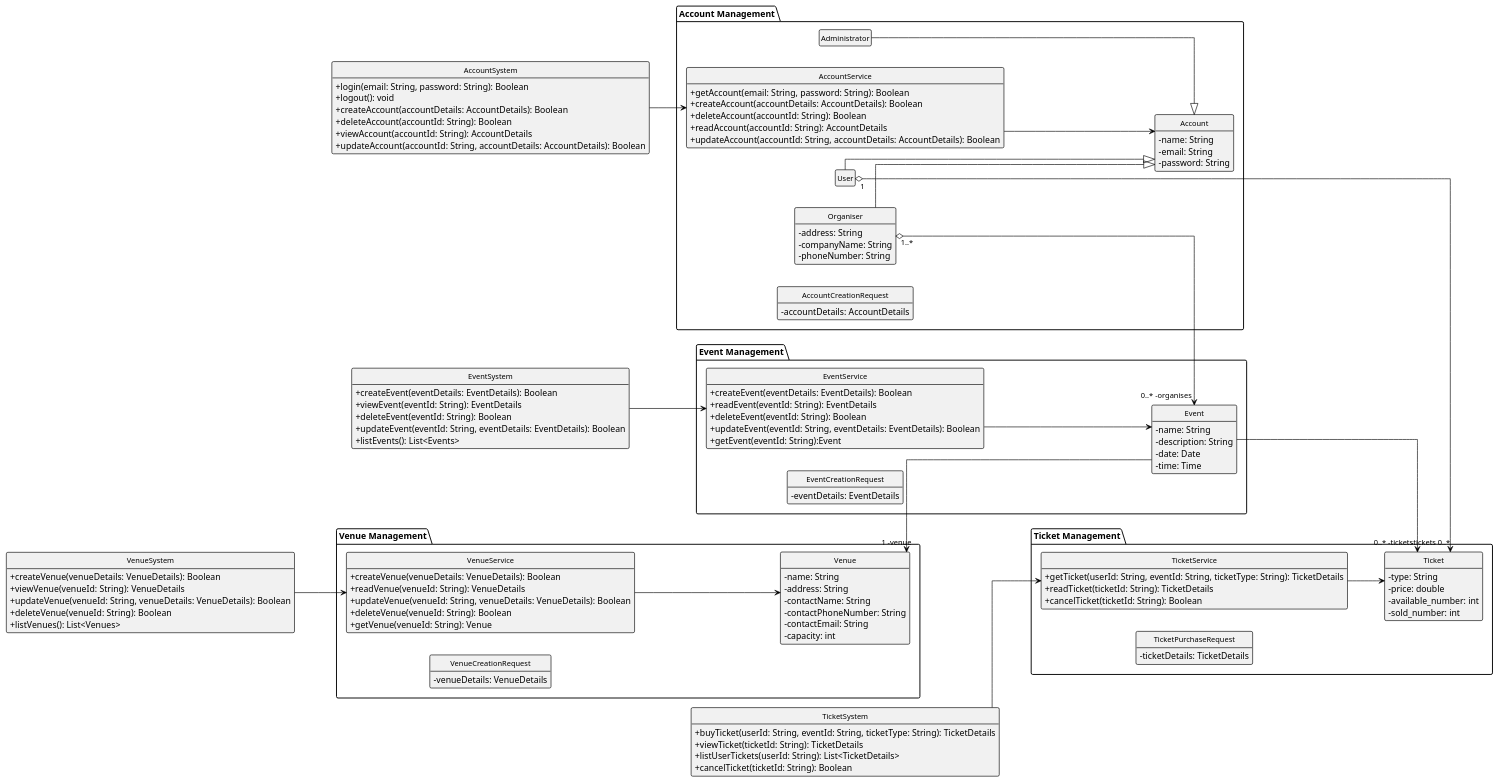
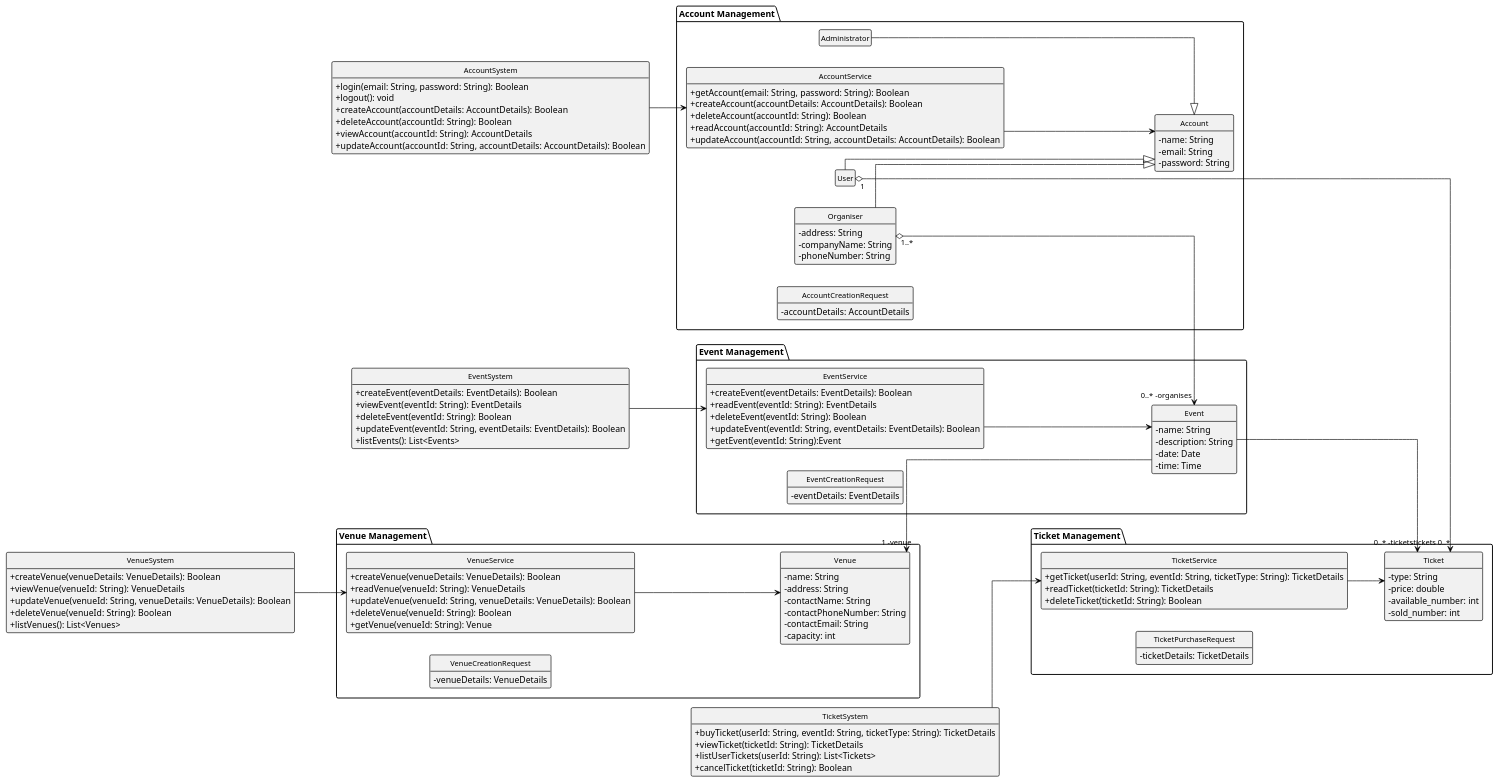
Before and after one commit to MolimoWang/EventManagementSystem: the diagram in 02-analysis/class-diagram/classDiagram.plantuml, drawn with PlantUML.

Commit message:
update class diagram again

```diff
--- a/02-analysis/class-diagram/classDiagram.plantuml
+++ b/02-analysis/class-diagram/classDiagram.plantuml
@@ -1,177 +1,177 @@
 @startuml
 left to right direction
 skinparam monochrome true
 skinparam backgroundColor white
 skinparam shadowing false
 skinparam linetype ortho
 skinparam lineThickness 3   ' Thickness of line
 skinparam noteMargin 30     ' Margins for comments
 skinparam ranksep 100        ' Control vertical spacing
 skinparam nodesep 200        ' Control horizontal spacing
 skinparam classFontSize 12
 skinparam ArrowFontSize 12
 skinparam classBorderThickness 1
 skinparam classAttributeIconSize 0
 
 hide class circle
 hide empty members
 hide stereotypes
 
 skinparam class {
     BorderColor black
     ArrowColor black
     FontColor black
     FontName Arial
     FontSize 12
 }
 
 ' Account Management Group
 package "Account Management" {
     class Account {
         - name: String
         - email: String
         - password: String
     }
     class Administrator {
     }
     class Organiser {
         - address: String
         - companyName: String
         - phoneNumber: String
     }
     class User {
     }
 
     class AccountService {
         +getAccount(email: String, password: String): Boolean
         +createAccount(accountDetails: AccountDetails): Boolean
         +deleteAccount(accountId: String): Boolean
         +readAccount(accountId: String): AccountDetails
         +updateAccount(accountId: String, accountDetails: AccountDetails): Boolean
     }
 
     class AccountCreationRequest {
         - accountDetails: AccountDetails
     }
 
     Administrator --|> Account
     Organiser --|> Account
     User --|> Account
     AccountService --> Account
 }
 
 ' Venue Management Group
 package "Venue Management" {
     class Venue {
         - name: String
         - address: String
         - contactName: String
         - contactPhoneNumber: String
         - contactEmail: String
         - capacity: int
     }
 
     class VenueService {
         +createVenue(venueDetails: VenueDetails): Boolean
         +readVenue(venueId: String): VenueDetails
         +updateVenue(venueId: String, venueDetails: VenueDetails): Boolean
         +deleteVenue(venueId: String): Boolean
         +getVenue(venueId: String): Venue
     }
 
     class VenueCreationRequest {
         - venueDetails: VenueDetails
     }
 
     VenueService --> Venue
 }
 
 ' Event Management Group
 package "Event Management" {
     class Event {
         - name: String
         - description: String
         - date: Date
         - time: Time
     }
 
     class EventService {
         +createEvent(eventDetails: EventDetails): Boolean
         +readEvent(eventId: String): EventDetails
         +deleteEvent(eventId: String): Boolean
         +updateEvent(eventId: String, eventDetails: EventDetails): Boolean
         +getEvent(eventId: String):Event
     }
 
     class EventCreationRequest {
         - eventDetails: EventDetails
     }
 
     Venue "1 -venue" <-- Event
     EventService --> Event
 }
 
 ' Ticket Management Group
 package "Ticket Management" {
     class Ticket {
         - type: String
         - price: double
         - available_number: int
         - sold_number: int
     }
 
     class TicketService {
         +getTicket(userId: String, eventId: String, ticketType: String): TicketDetails
         +readTicket(ticketId: String): TicketDetails
-        +cancelTicket(ticketId: String): Boolean
+        +deleteTicket(ticketId: String): Boolean
     }
 
     class TicketPurchaseRequest {
         - ticketDetails: TicketDetails
     }
 
     Event --> "0..* -tickets" Ticket
     TicketService --> Ticket
 }
 
 ' System classes for each module
 class AccountSystem {
     +login(email: String, password: String): Boolean
     +logout(): void
     +createAccount(accountDetails: AccountDetails): Boolean
     +deleteAccount(accountId: String): Boolean
     +viewAccount(accountId: String): AccountDetails
     +updateAccount(accountId: String, accountDetails: AccountDetails): Boolean
 }
 AccountSystem --> AccountService
 
 class VenueSystem {
     +createVenue(venueDetails: VenueDetails): Boolean
     +viewVenue(venueId: String): VenueDetails
     +updateVenue(venueId: String, venueDetails: VenueDetails): Boolean
     +deleteVenue(venueId: String): Boolean
     +listVenues(): List<Venues>
 }
 VenueSystem --> VenueService
 
 class EventSystem {
     +createEvent(eventDetails: EventDetails): Boolean
     +viewEvent(eventId: String): EventDetails
     +deleteEvent(eventId: String): Boolean
     +updateEvent(eventId: String, eventDetails: EventDetails): Boolean
     +listEvents(): List<Events>
 }
 EventSystem --> EventService
 
 class TicketSystem {
     +buyTicket(userId: String, eventId: String, ticketType: String): TicketDetails
     +viewTicket(ticketId: String): TicketDetails
-    +listUserTickets(userId: String): List<TicketDetails>
+    +listUserTickets(userId: String): List<Tickets>
     +cancelTicket(ticketId: String): Boolean
 }
 TicketSystem --> TicketService
 
 Organiser "1..*" o--> "0..* -organises" Event
 User "1" o--> "-tickets 0..*" Ticket
 
 @enduml
```
